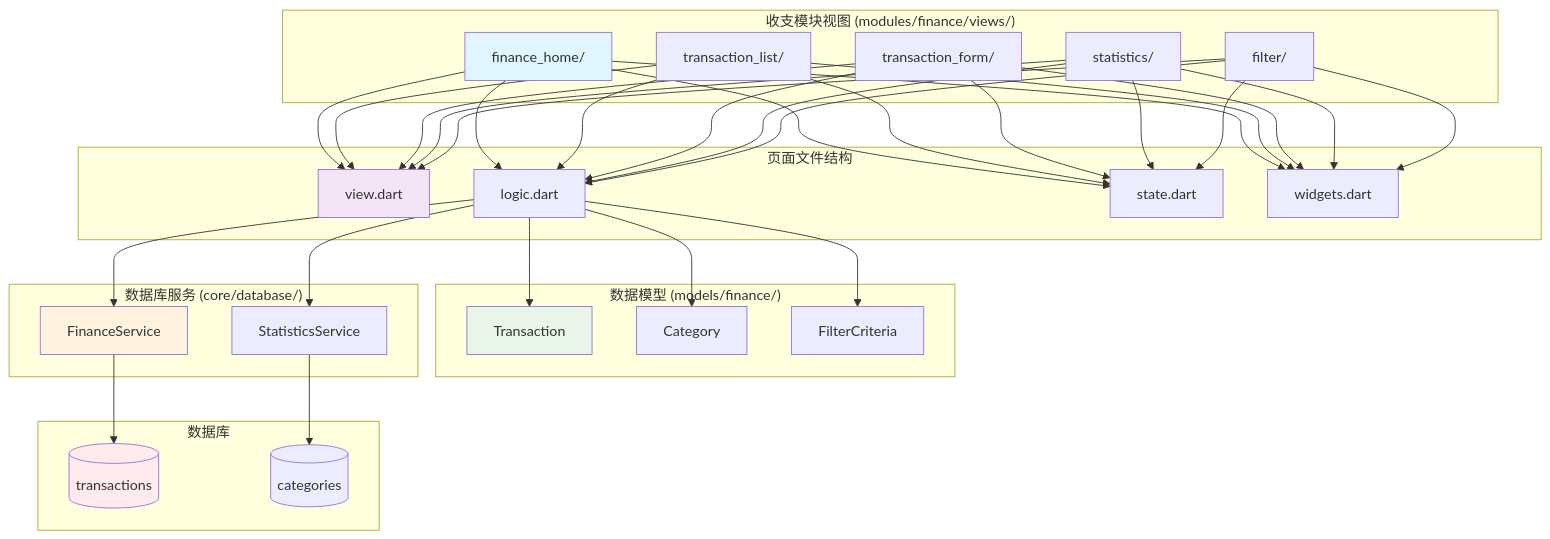
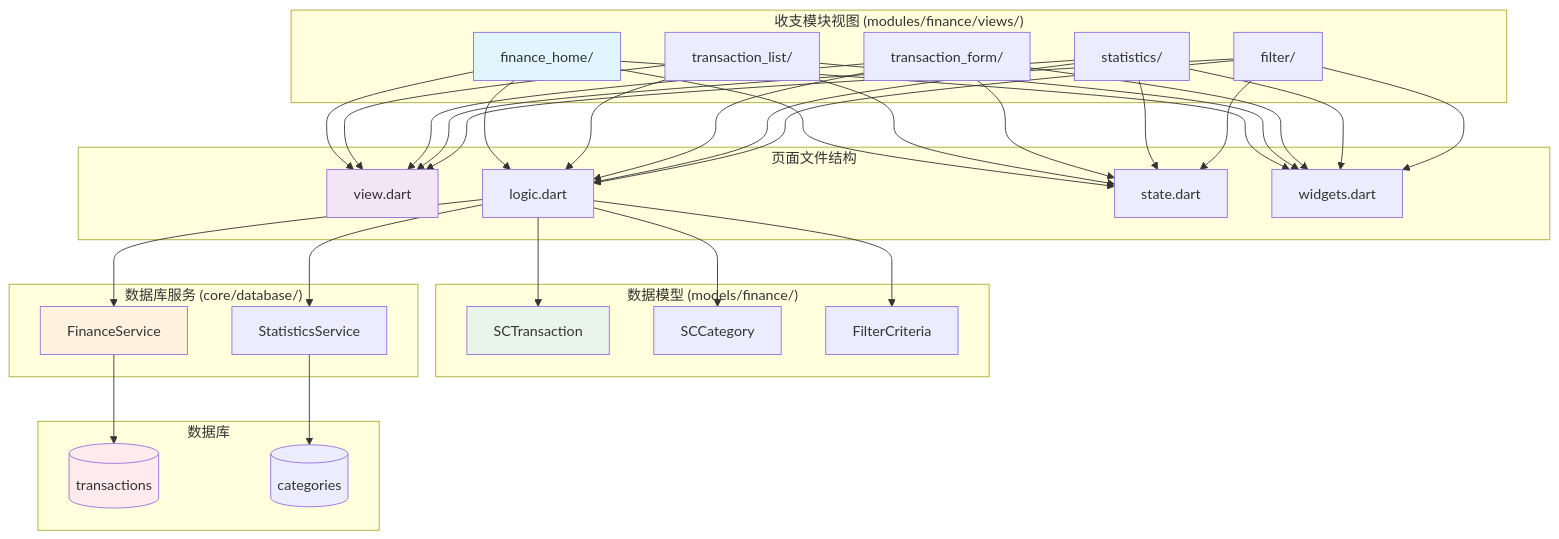
One commit to SnailDong/liferecord changed the seventh of 10 diagrams in LifeRecord_Design_Document.md. Above: the diagram before and after it, drawn with Mermaid. The commit also changed other lines of this file, not shown here.

````diff
--- a/LifeRecord_Design_Document.md
+++ b/LifeRecord_Design_Document.md
@@ -1364,74 +1364,74 @@
 ```mermaid
 graph TB
     subgraph "收支模块视图 (modules/finance/views/)"
         A1[finance_home/]
         A2[transaction_list/]
         A3[transaction_form/]
         A4[statistics/]
         A5[filter/]
     end
 
     subgraph "页面文件结构"
         B1[view.dart]
         B2[logic.dart]
         B3[state.dart]
         B4[widgets.dart]
     end
 
     subgraph "数据模型 (models/finance/)"
-        C1[Transaction]
-        C2[Category]
+        C1[SCTransaction]
+        C2[SCCategory]
         C3[FilterCriteria]
     end
 
     subgraph "数据库服务 (core/database/)"
         D1[FinanceService]
         D2[StatisticsService]
     end
 
     subgraph "数据库"
         E1[(transactions)]
         E2[(categories)]
     end
 
     A1 --> B1
     A1 --> B2
     A1 --> B3
     A1 --> B4
 
     A2 --> B1
     A2 --> B2
     A2 --> B3
     A2 --> B4
 
     A3 --> B1
     A3 --> B2
     A3 --> B3
     A3 --> B4
 
     A4 --> B1
     A4 --> B2
     A4 --> B3
     A4 --> B4
 
     A5 --> B1
     A5 --> B2
     A5 --> B3
     A5 --> B4
 
     B2 --> C1
     B2 --> C2
     B2 --> C3
 
     B2 --> D1
     B2 --> D2
 
     D1 --> E1
     D2 --> E2
 
     style A1 fill:#e1f5fe
     style B1 fill:#f3e5f5
     style C1 fill:#e8f5e8
     style D1 fill:#fff3e0
     style E1 fill:#ffebee
 ```
````
